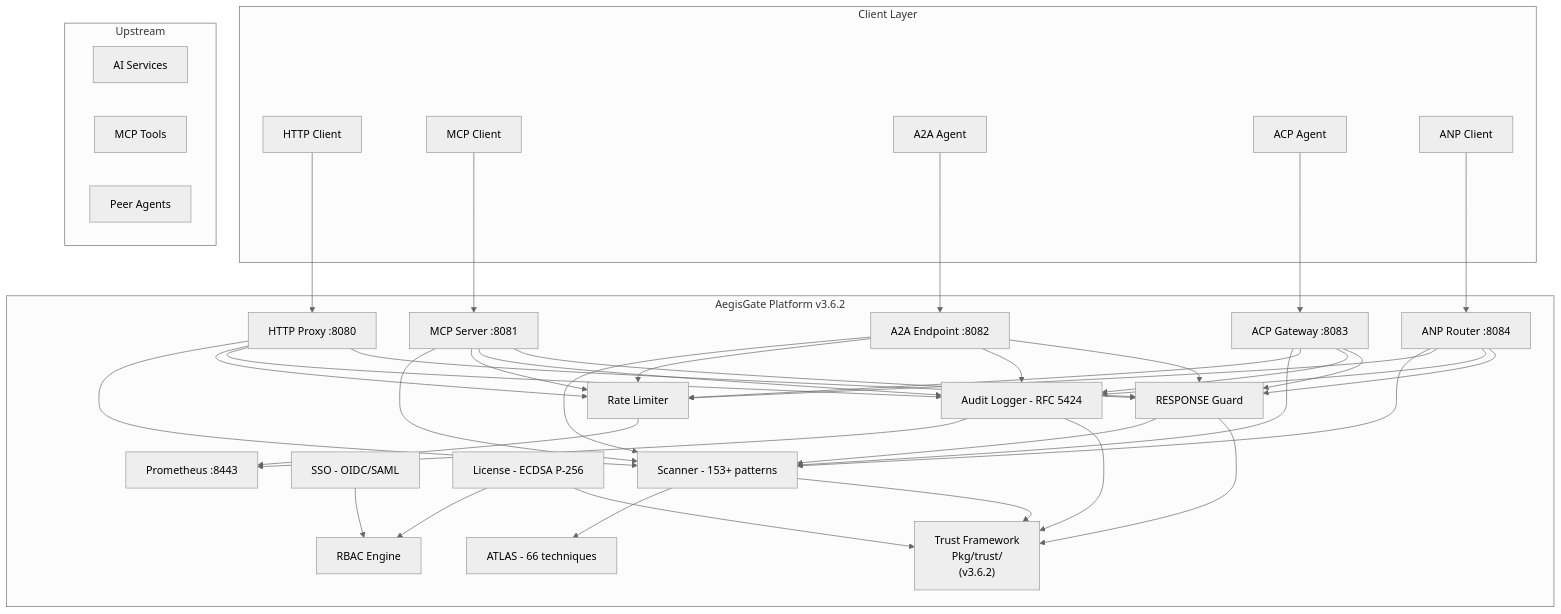
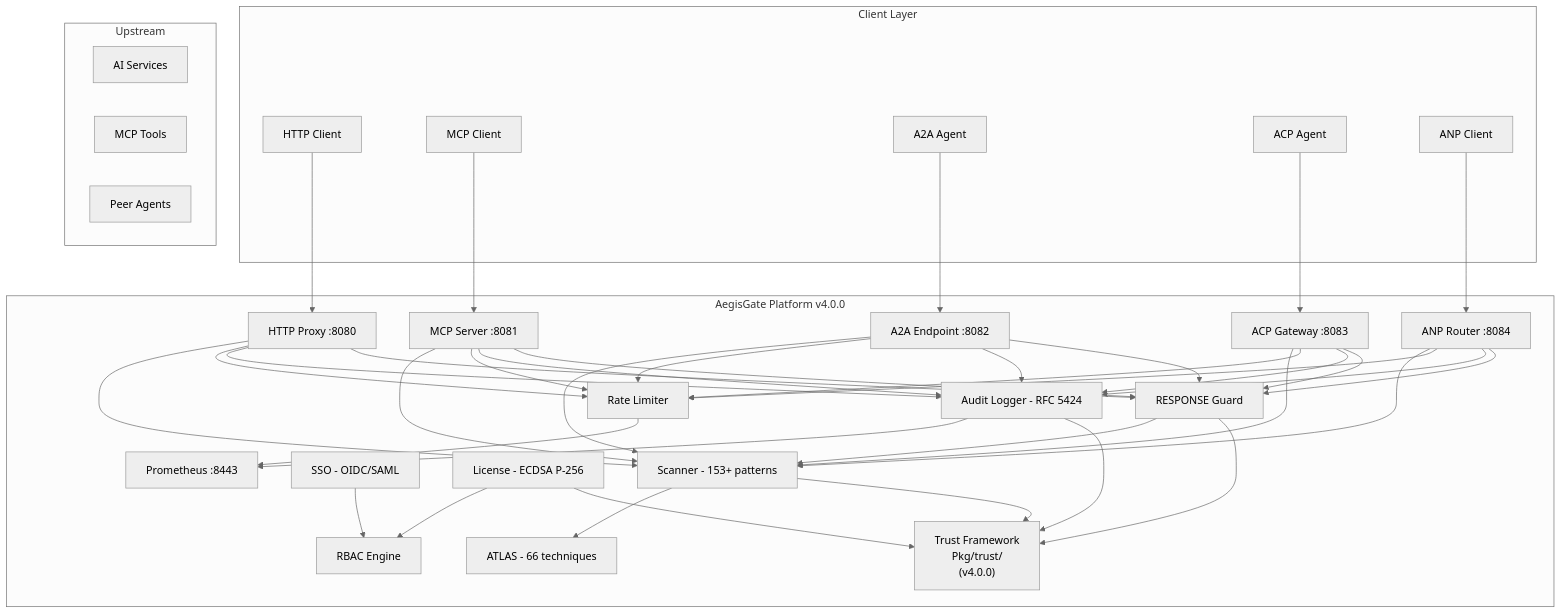
One commit to aegisgatesecurity/aegisgate-site changed the diagram in content/tech.md. Above: the diagram before and after it, drawn with Mermaid (neutral theme). The commit also changed other lines of this file and 13 other files, not shown here.

```diff
--- a/content/tech.md
+++ b/content/tech.md
@@ -11,61 +11,61 @@
 {{< mermaid >}}
 flowchart TB
     subgraph Client["Client Layer"]
         A["HTTP Client"]
         B["MCP Client"]
         C["A2A Agent"]
         D["ACP Agent"]
         E["ANP Client"]
     end
 
-    subgraph AegisGate["AegisGate Platform v3.6.2"]
+    subgraph AegisGate["AegisGate Platform v4.0.0"]
         G["HTTP Proxy :8080"]
         H["MCP Server :8081"]
         I["A2A Endpoint :8082"]
         J["ACP Gateway :8083"]
         K["ANP Router :8084"]
         L["RESPONSE Guard"]
-        TR["Trust Framework\nPkg/trust/\n(v3.6.2)"]
+        TR["Trust Framework\nPkg/trust/\n(v4.0.0)"]
 
         M["Scanner - 153+ patterns"]
         N["ATLAS - 66 techniques"]
         O["Rate Limiter"]
         P["Audit Logger - RFC 5424"]
 
         Q["SSO - OIDC/SAML"]
         R["RBAC Engine"]
         S["License - ECDSA P-256"]
 
         T["Prometheus :8443"]
     end
 
     subgraph Upstream["Upstream"]
         U["AI Services"]
         V["MCP Tools"]
         W["Peer Agents"]
     end
 
     A --> G
     B --> H
     C --> I
     D --> J
     E --> K
 
     G --> M & O & P & L
     H --> M & O & P & L
     I --> M & O & P & L
     J --> M & O & P & L
     K --> M & O & P & L
 
     M --> N
     L --> M
     O --> T
     P --> T
     Q --> R
     S --> R
 
     M --> TR
     L --> TR
     P --> TR
     S --> TR
 {{< /mermaid >}}
```
